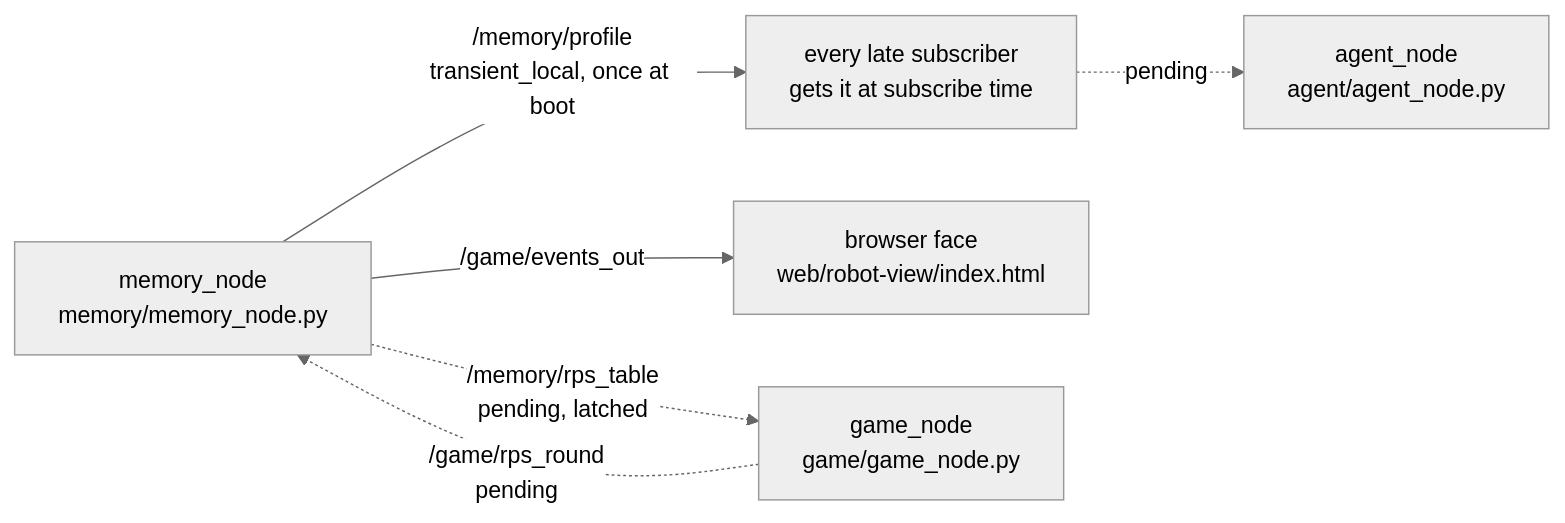
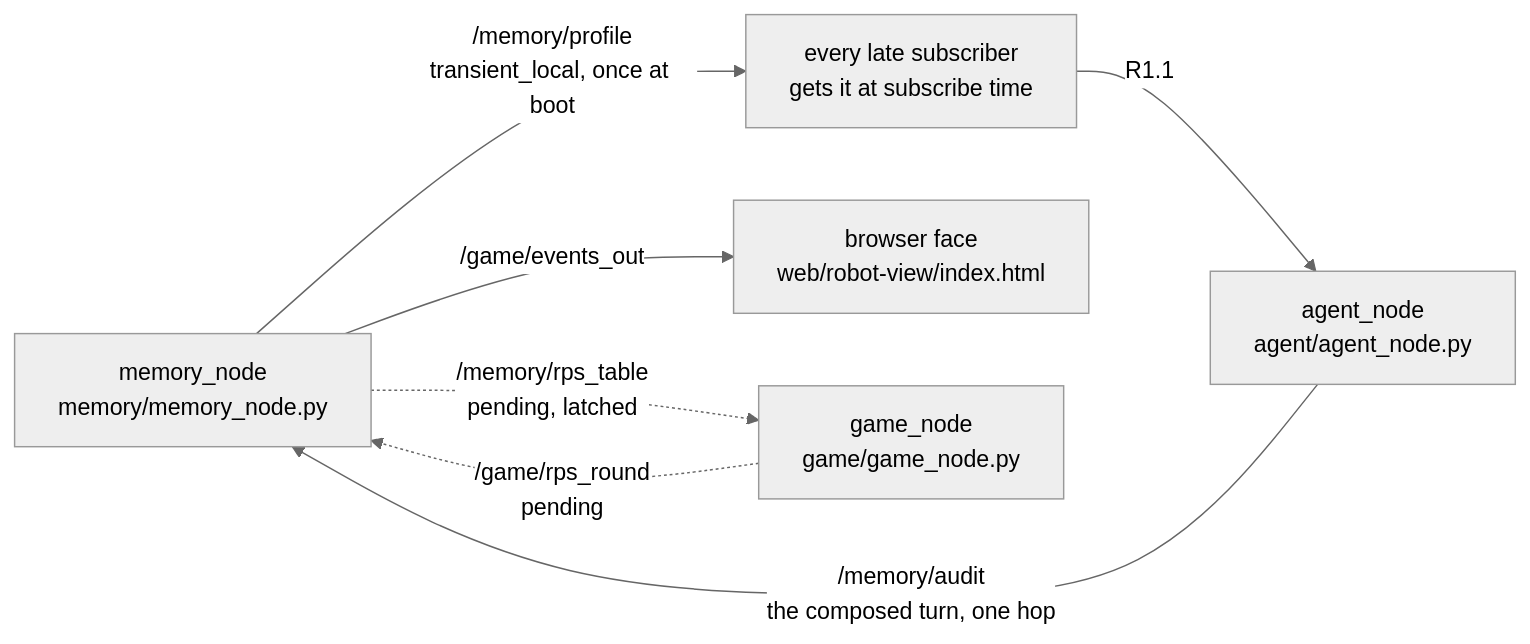
Before and after one commit to timwukp/open-agent-robot: the fifth of 10 diagrams in docs/workflow.md, drawn with Mermaid (neutral theme). The commit also changed other lines of this file and 22 other files, not shown here.

````diff
--- a/docs/workflow.md
+++ b/docs/workflow.md
@@ -242,8 +242,9 @@
 ```mermaid
 flowchart LR
   memory["memory_node<br/>memory/memory_node.py"] -->|"/memory/profile<br/>transient_local, once at boot"| late["every late subscriber<br/>gets it at subscribe time"]
-  late -.->|"pending"| agent["agent_node<br/>agent/agent_node.py"]
+  late -->|"R1.1"| agent["agent_node<br/>agent/agent_node.py"]
+  agent -->|"/memory/audit<br/>the composed turn, one hop"| memory
   memory -->|"/game/events_out"| face["browser face<br/>web/robot-view/index.html"]
   game["game_node<br/>game/game_node.py"] -.->|"/game/rps_round<br/>pending"| memory
   memory -.->|"/memory/rps_table<br/>pending, latched"| game
 ```
````
